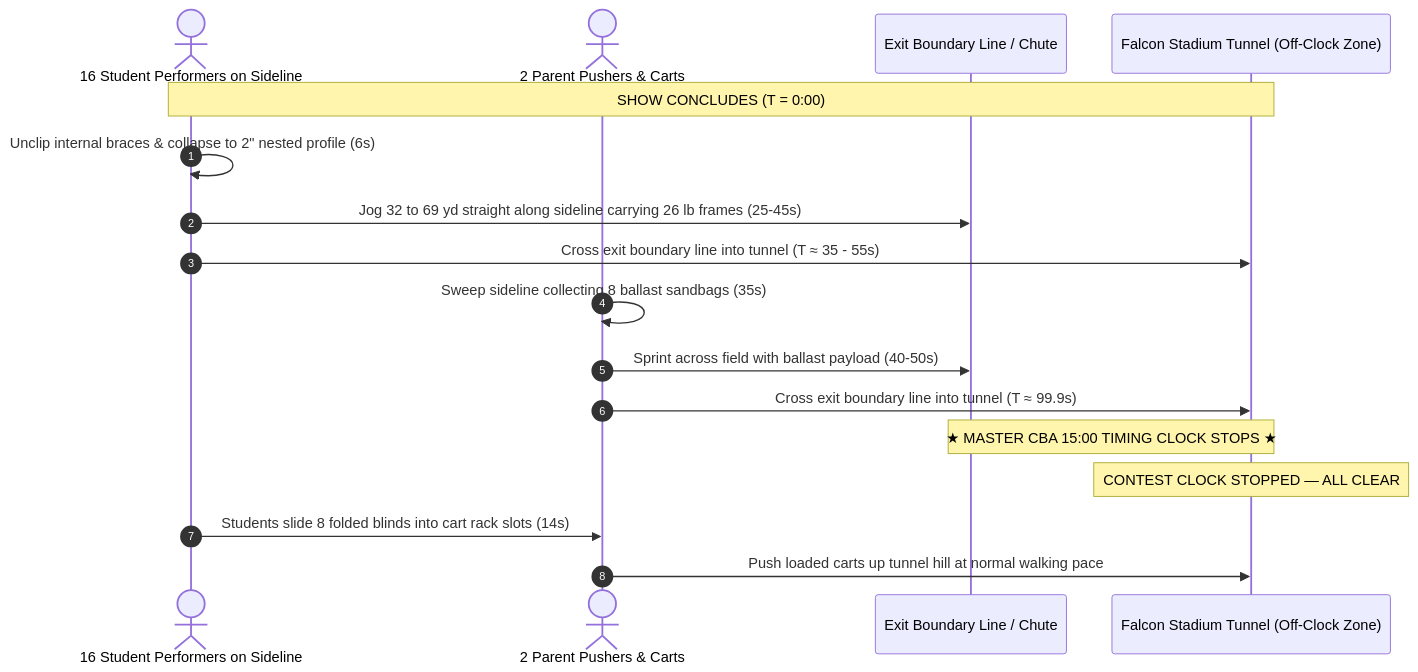
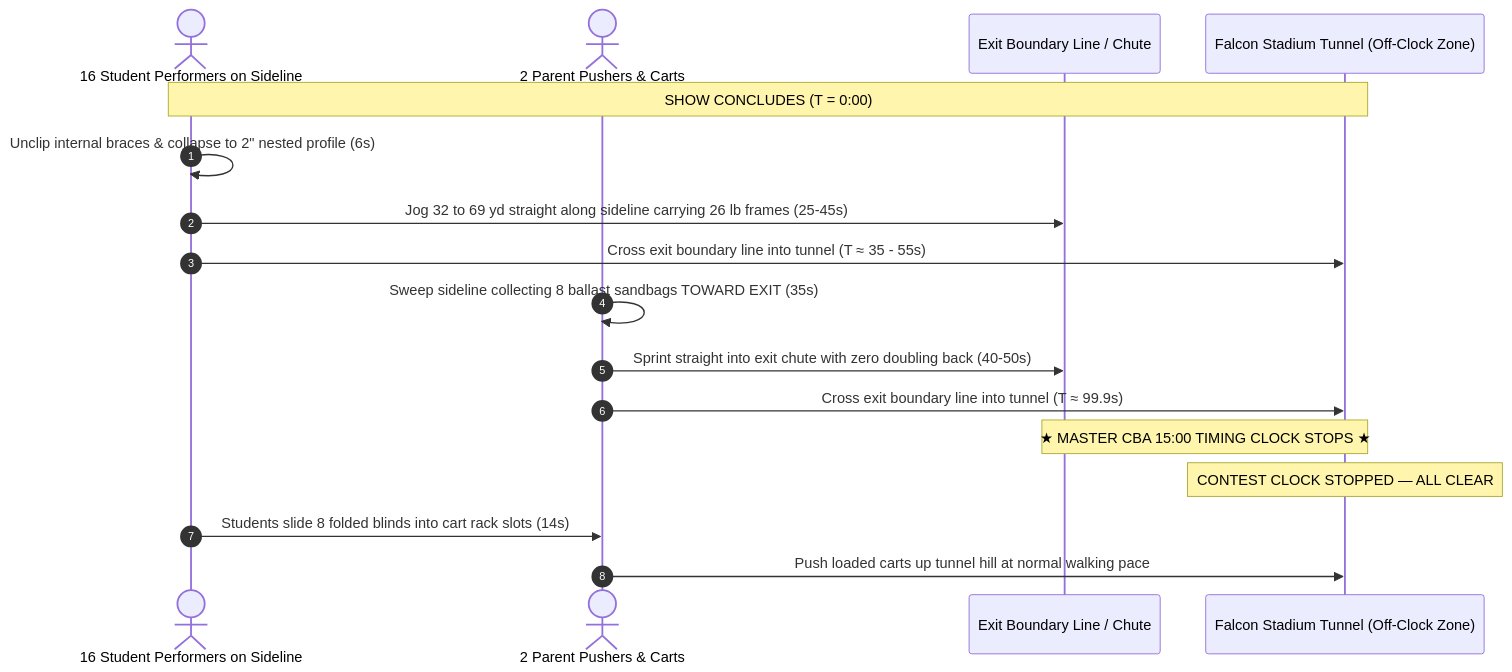
The second of 2 diagrams in PCHSMB/_Sideline Screen/docs/references/sideline_screen_field_logistics_and_timing_guide.md (ericrowe/music), drawn with Mermaid before and after one commit. The commit also changed other lines of this file and 4 other files, not shown here.

Commit message:
docs(sideline-screen): integrate circular time budget diagram, asymmetric 20/40 staging, and zero-doubling-back sweep protocol

````diff
--- a/PCHSMB/_Sideline Screen/docs/references/sideline_screen_field_logistics_and_timing_guide.md
+++ b/PCHSMB/_Sideline Screen/docs/references/sideline_screen_field_logistics_and_timing_guide.md
@@ -159,20 +162,20 @@
 ```mermaid
 sequenceDiagram
     autonumber
     actor Field as 16 Student Performers on Sideline
     actor Cart as 2 Parent Pushers & Carts
     participant Line as Exit Boundary Line / Chute
     participant Tunnel as Falcon Stadium Tunnel (Off-Clock Zone)
 
     Note over Field,Tunnel: SHOW CONCLUDES (T = 0:00)
     Field->>Field: Unclip internal braces & collapse to 2" nested profile (6s)
     Field->>Line: Jog 32 to 69 yd straight along sideline carrying 26 lb frames (25-45s)
     Field->>Tunnel: Cross exit boundary line into tunnel (T ≈ 35 - 55s)
-    Cart->>Cart: Sweep sideline collecting 8 ballast sandbags (35s)
-    Cart->>Line: Sprint across field with ballast payload (40-50s)
+    Cart->>Cart: Sweep sideline collecting 8 ballast sandbags TOWARD EXIT (35s)
+    Cart->>Line: Sprint straight into exit chute with zero doubling back (40-50s)
     Cart->>Tunnel: Cross exit boundary line into tunnel (T ≈ 99.9s)
     Note over Line,Tunnel: ★ MASTER CBA 15:00 TIMING CLOCK STOPS ★
     Note over Tunnel: CONTEST CLOCK STOPPED — ALL CLEAR
     Field->>Cart: Students slide 8 folded blinds into cart rack slots (14s)
     Cart->>Tunnel: Push loaded carts up tunnel hill at normal walking pace
 ```
````
